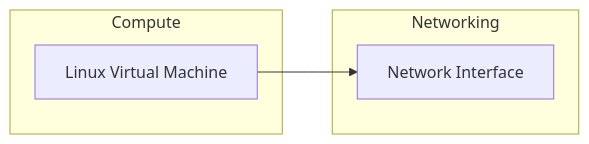
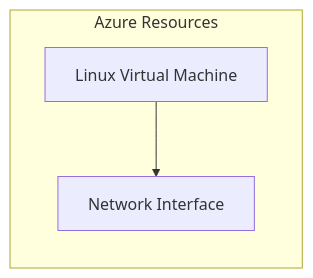
The diagram in infra/resources/_modules/virtual_machine/graph.md (pagopa/dx-playground), drawn with Mermaid before and after one commit. The commit also changed 4 other files, not shown here.

Commit message:
docs(autodocs): ✨ Update Mermaid diagrams from PR #1f5790d283f67988fb2094a854eff16dacc1e420

````diff
--- a/infra/resources/_modules/virtual_machine/graph.md
+++ b/infra/resources/_modules/virtual_machine/graph.md
@@ -1,10 +1,8 @@
 ```mermaid
 graph LR
-  subgraph Compute
-    VM["Linux Virtual Machine"]
-  end
-  subgraph Networking
-    NIC["Network Interface"]
-  end
-  VM --> NIC
+subgraph Azure Resources
+  LinuxVirtualMachine["Linux Virtual Machine"]
+  NetworkInterface["Network Interface"]
+end
+LinuxVirtualMachine --> NetworkInterface
 ```
````
